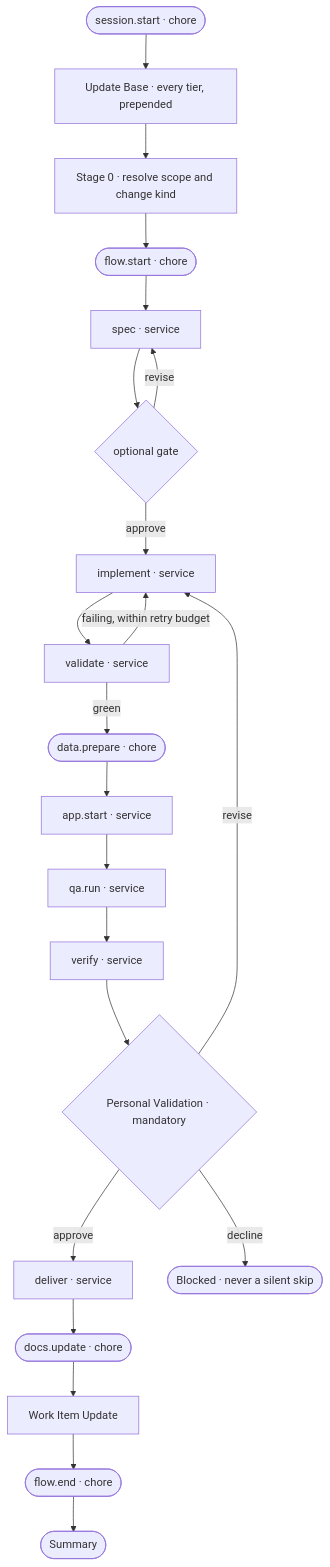
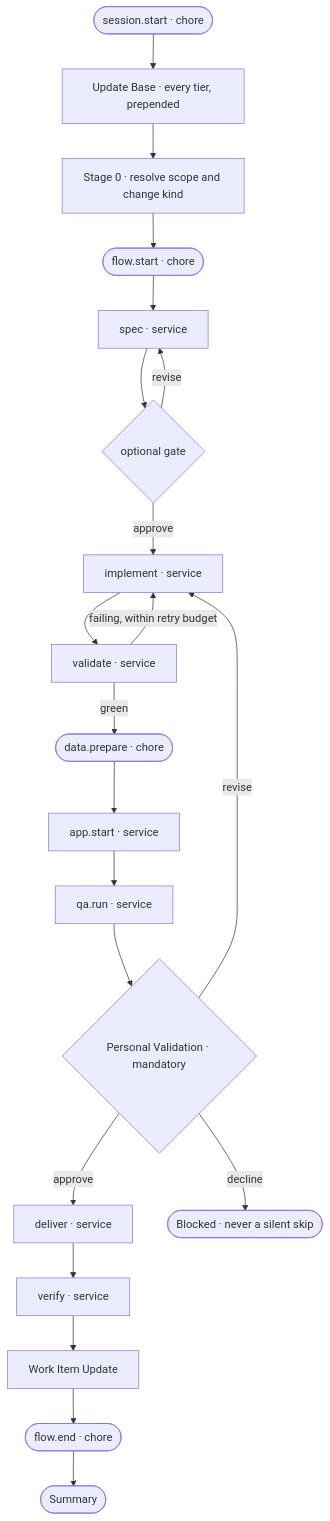
Before and after one commit to JSdotNet/devbook: the first of 3 diagrams in .devbook/domain/delivery/flow.md, drawn with Mermaid. The commit also changed other lines of this file and 42 other files, not shown here.

````diff
--- a/.devbook/domain/delivery/flow.md
+++ b/.devbook/domain/delivery/flow.md
@@ -16,24 +16,23 @@
 ```mermaid
 flowchart TD
     sessionStart(["session.start · chore"]) --> updateBase["Update Base · every tier, prepended"]
     updateBase --> stage0["Stage 0 · resolve scope and change kind"]
     stage0 --> flowStart(["flow.start · chore"])
     flowStart --> spec["spec · service"]
     spec --> specGate{"optional gate"}
     specGate -->|revise| spec
     specGate -->|approve| implement["implement · service"]
     implement --> validate["validate · service"]
     validate -->|"failing, within retry budget"| implement
     validate -->|green| dataPrepare(["data.prepare · chore"])
     dataPrepare --> appStart["app.start · service"]
     appStart --> qaRun["qa.run · service"]
-    qaRun --> verify["verify · service"]
-    verify --> gate{"Personal Validation · mandatory"}
+    qaRun --> gate{"Personal Validation · mandatory"}
     gate -->|approve| deliver["deliver · service"]
     gate -->|revise| implement
     gate -->|decline| blocked(["Blocked · never a silent skip"])
-    deliver --> docsUpdate(["docs.update · chore"])
-    docsUpdate --> workItem["Work Item Update"]
+    deliver --> verify["verify · service"]
+    verify --> workItem["Work Item Update"]
     workItem --> flowEnd(["flow.end · chore"])
     flowEnd --> summary(["Summary"])
 ```
````
